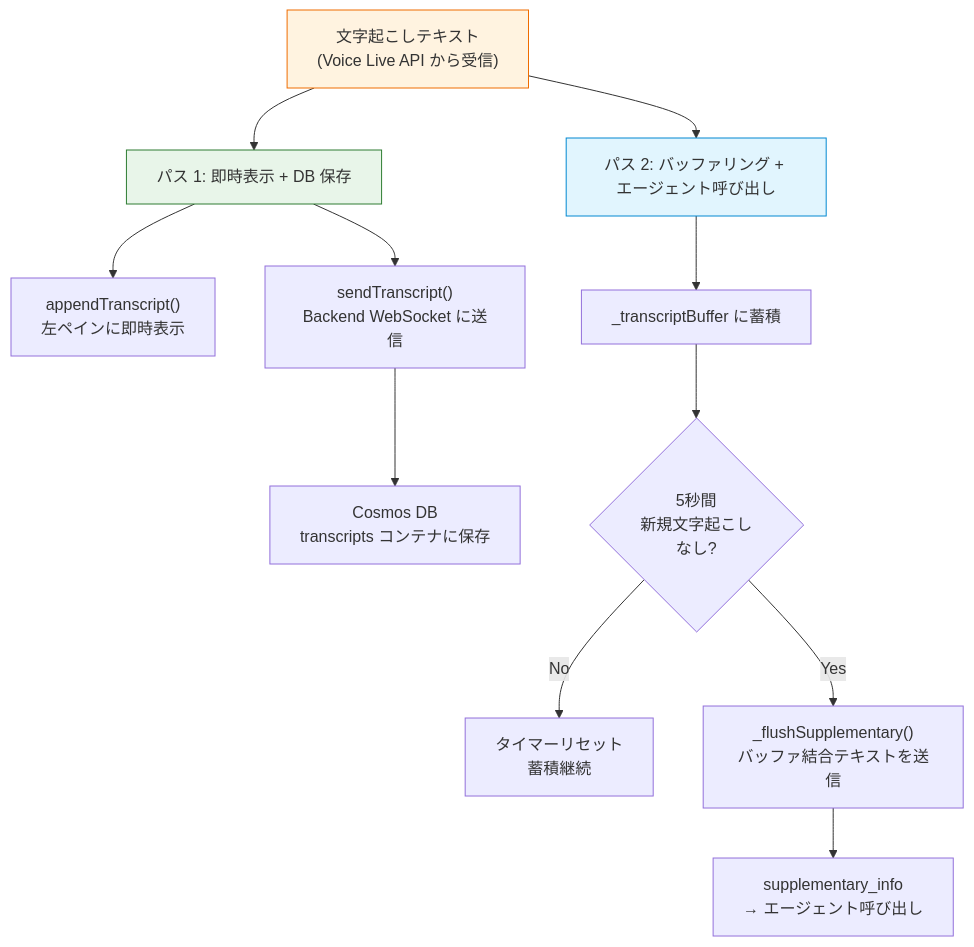
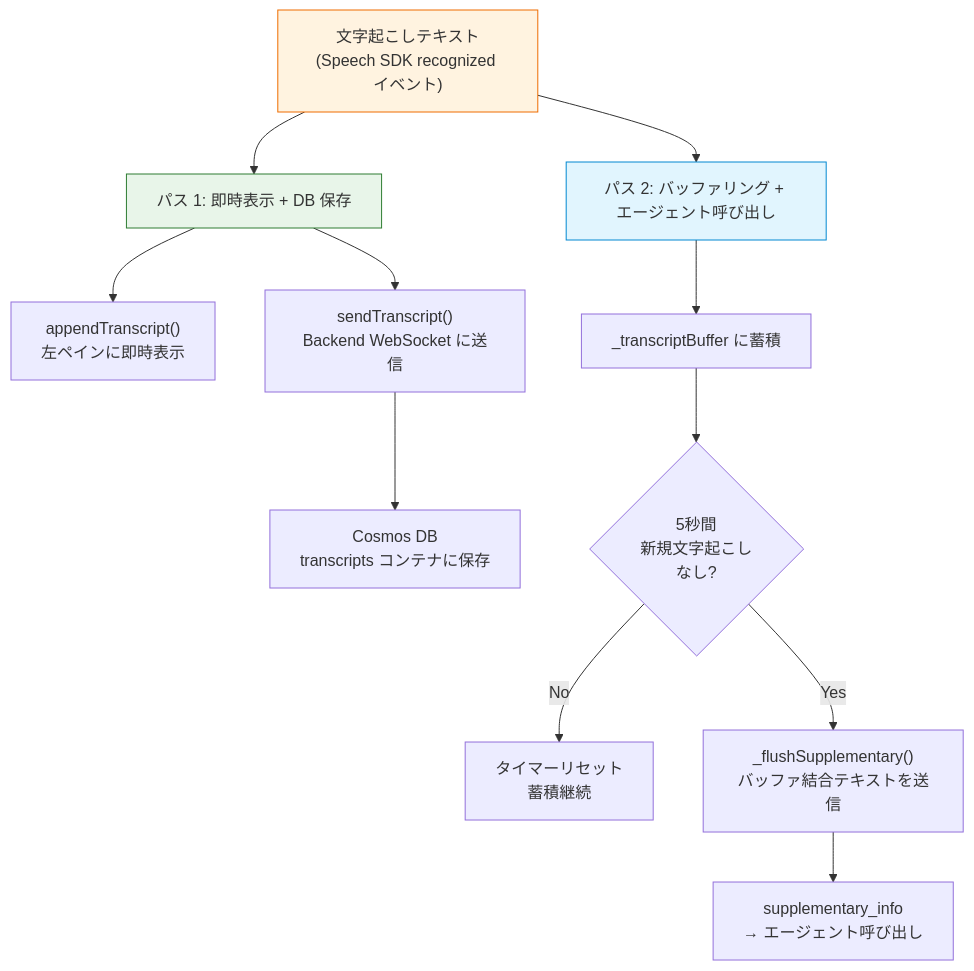
One commit to hatasaki/Interview-Assistant-AI changed diagram 16 of 22 in spec/architecture.md. Above: the diagram before and after it, drawn with Mermaid. The commit also changed other lines of this file and 12 other files, not shown here.

Commit message:
Refactor architecture to integrate Azure Speech SDK for transcription

````diff
--- a/spec/architecture.md
+++ b/spec/architecture.md
@@ -771,21 +743,21 @@
 ```mermaid
 flowchart TD
-    TRANSCRIPT["文字起こしテキスト<br/>(Voice Live API から受信)"]
+    TRANSCRIPT["文字起こしテキスト<br/>(Speech SDK recognized イベント)"]
 
     TRANSCRIPT --> PATH1["パス 1: 即時表示 + DB 保存"]
     TRANSCRIPT --> PATH2["パス 2: バッファリング + エージェント呼び出し"]
 
     PATH1 --> UI["appendTranscript()<br/>左ペインに即時表示"]
     PATH1 --> WS_SEND["sendTranscript()<br/>Backend WebSocket に送信"]
     WS_SEND --> DB_SAVE["Cosmos DB<br/>transcripts コンテナに保存"]
 
     PATH2 --> BUF["_transcriptBuffer に蓄積"]
     BUF --> TIMER{"5秒間<br/>新規文字起こし<br/>なし?"}
     TIMER -->|No| BUF_WAIT["タイマーリセット<br/>蓄積継続"]
     TIMER -->|Yes| FLUSH["_flushSupplementary()<br/>バッファ結合テキストを送信"]
     FLUSH --> AGENT["supplementary_info<br/>→ エージェント呼び出し"]
 
     style TRANSCRIPT fill:#fff3e0,stroke:#ef6c00
     style PATH1 fill:#e8f5e9,stroke:#2e7d32
     style PATH2 fill:#e1f5fe,stroke:#0288d1
 ```
````
